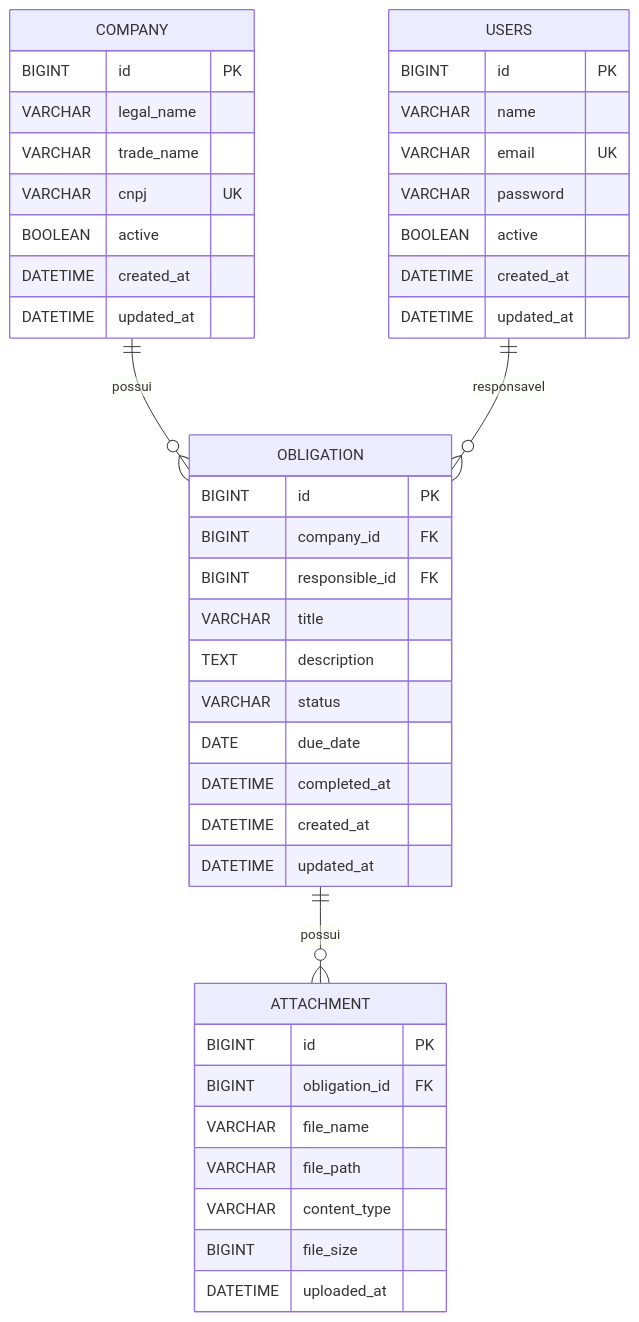
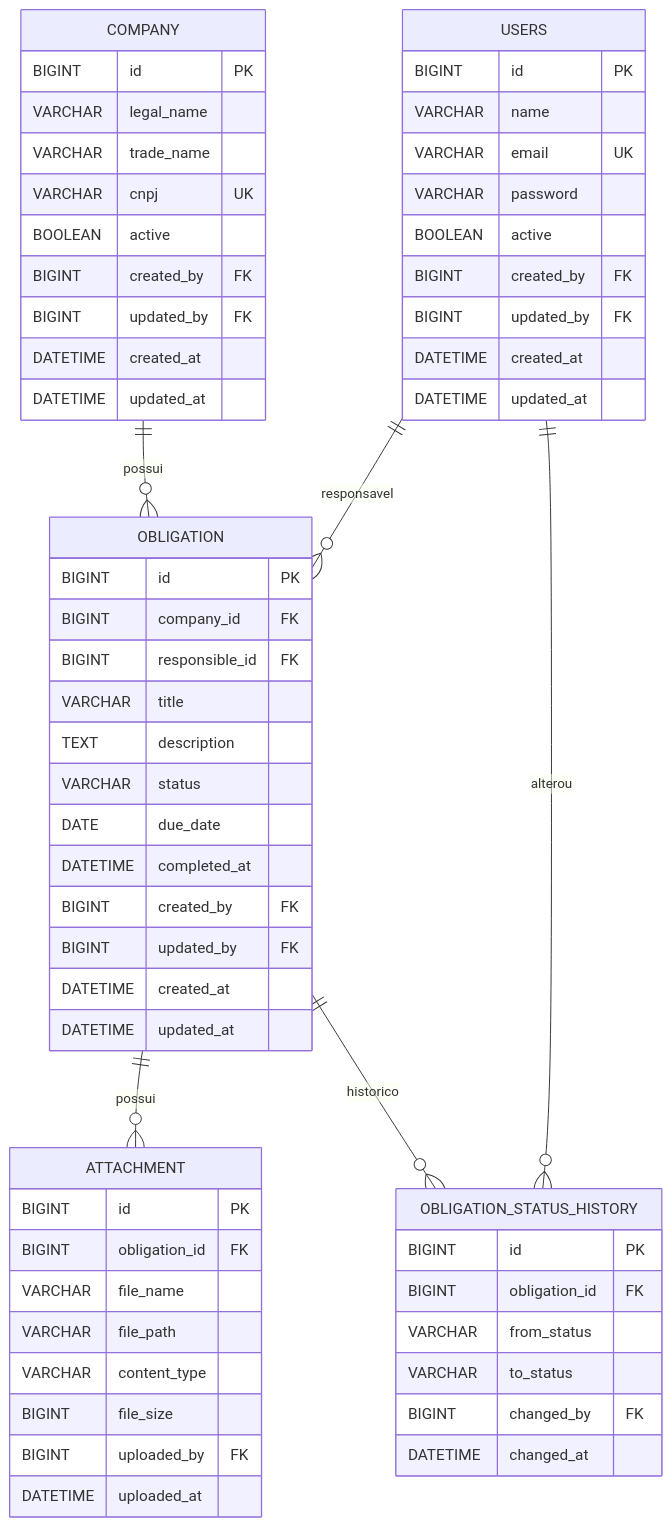
One commit to danieltsuzuki/Gerenciamento-de-obrigacoes-contabeis changed the diagram in docs/modelo-de-dados.md. Above: the diagram before and after it, drawn with Mermaid. The commit also changed other lines of this file and 46 other files, not shown here.

````diff
--- a/docs/modelo-de-dados.md
+++ b/docs/modelo-de-dados.md
@@ -7,46 +7,63 @@
 ```mermaid
 erDiagram
     COMPANY ||--o{ OBLIGATION : possui
     USERS   ||--o{ OBLIGATION : responsavel
     OBLIGATION ||--o{ ATTACHMENT : possui
+    OBLIGATION ||--o{ OBLIGATION_STATUS_HISTORY : historico
+    USERS   ||--o{ OBLIGATION_STATUS_HISTORY : alterou
 
     COMPANY {
         BIGINT id PK
         VARCHAR legal_name
         VARCHAR trade_name
         VARCHAR cnpj UK
         BOOLEAN active
+        BIGINT created_by FK
+        BIGINT updated_by FK
         DATETIME created_at
         DATETIME updated_at
     }
     USERS {
         BIGINT id PK
         VARCHAR name
         VARCHAR email UK
         VARCHAR password
         BOOLEAN active
+        BIGINT created_by FK
+        BIGINT updated_by FK
         DATETIME created_at
         DATETIME updated_at
     }
     OBLIGATION {
         BIGINT id PK
         BIGINT company_id FK
         BIGINT responsible_id FK
         VARCHAR title
         TEXT description
         VARCHAR status
         DATE due_date
         DATETIME completed_at
+        BIGINT created_by FK
+        BIGINT updated_by FK
         DATETIME created_at
         DATETIME updated_at
     }
     ATTACHMENT {
         BIGINT id PK
         BIGINT obligation_id FK
         VARCHAR file_name
         VARCHAR file_path
         VARCHAR content_type
         BIGINT file_size
+        BIGINT uploaded_by FK
         DATETIME uploaded_at
     }
+    OBLIGATION_STATUS_HISTORY {
+        BIGINT id PK
+        BIGINT obligation_id FK
+        VARCHAR from_status
+        VARCHAR to_status
+        BIGINT changed_by FK
+        DATETIME changed_at
+    }
 ```
````
